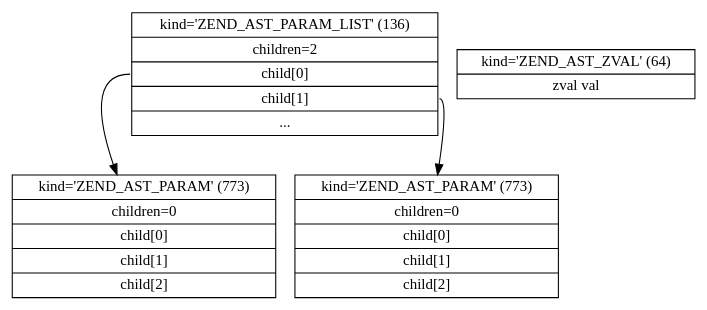
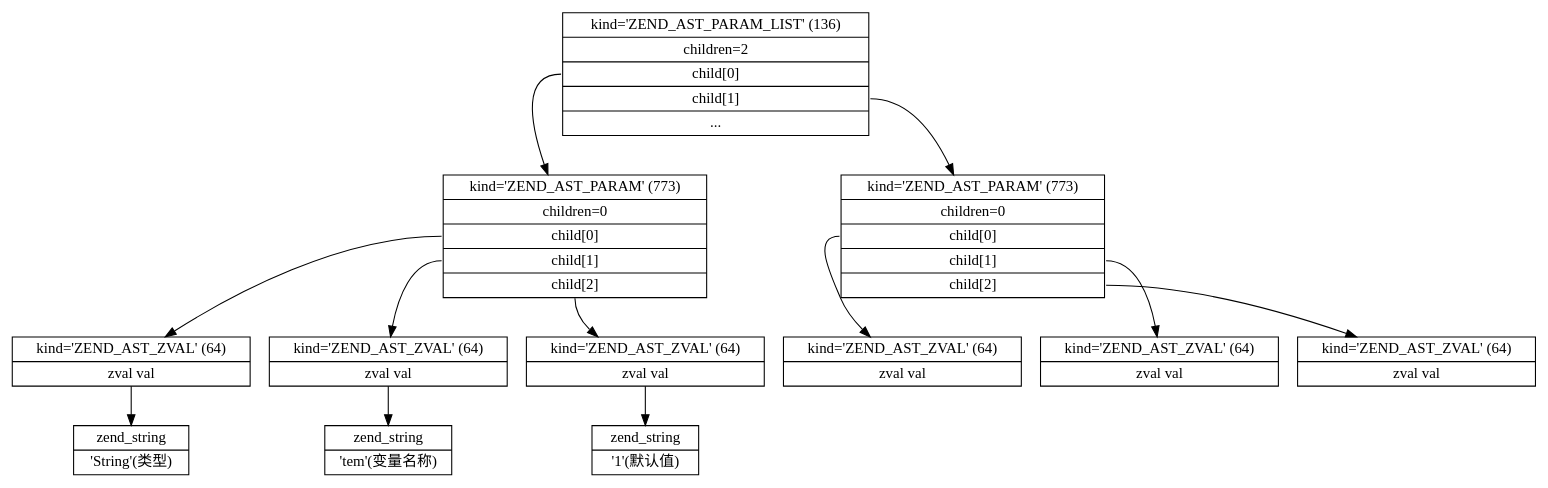
One commit to 769344359/reading-php7-code changed the diagram in function_compile.dot. Above: the diagram before and after it, drawn with Graphviz.

Commit message:
更新dot 文件,晚上编译参数列表的语法树

```diff
--- a/function_compile.dot
+++ b/function_compile.dot
@@ -1,8 +1,26 @@
 digraph create {
    node_param_list[shape=record,label="{<param_list>kind='ZEND_AST_PARAM_LIST' (136) |children=2|<child0>child[0]|<child1>child[1]|...}"];
-   node_param0[shape=record,label="{<kind>kind='ZEND_AST_PARAM' (773)|children=0|child[0]|child[1]|child[2]}"];
-   node_param1[shape=record,label="{<kind>kind='ZEND_AST_PARAM' (773)|children=0|child[0]|child[1]|child[2]}"];
-   node_zval[shape=record,label="{<kind>kind='ZEND_AST_ZVAL' (64)|zval val}"];
+   node_param0[shape=record,label="{<kind>kind='ZEND_AST_PARAM' (773)|children=0|<child0>child[0]|<child1>child[1]|<child2>child[2]}"];
+   node_param1[shape=record,label="{<kind>kind='ZEND_AST_PARAM' (773)|children=0|<child0>child[0]|<child1>child[1]|<child2>child[2]}"];
+   node_zval0[shape=record,label="{<kind>kind='ZEND_AST_ZVAL' (64)|zval val}"];
+   node_zval1[shape=record,label="{<kind>kind='ZEND_AST_ZVAL' (64)|zval val}"];
+   node_zval2[shape=record,label="{<kind>kind='ZEND_AST_ZVAL' (64)|zval val}"];
+   node_zval3[shape=record,label="{<kind>kind='ZEND_AST_ZVAL' (64)|zval val}"];
+   node_zval4[shape=record,label="{<kind>kind='ZEND_AST_ZVAL' (64)|zval val}"];
+   node_zval5[shape=record,label="{<kind>kind='ZEND_AST_ZVAL' (64)|zval val}"];
    node_param_list:child0->node_param0;
    node_param_list:child1->node_param1
+   node_param0:child0->node_zval0;
+   node_param0:child1->node_zval1;
+   node_param0:child2->node_zval2;
+   node_param1:child0->node_zval3;
+   node_param1:child1->node_zval4;
+   node_param1:child2->node_zval5;
+   zend_string0[shape=record,label="{zend_string|'String'(类型)}"];
+   zend_string1[shape=record,label="{zend_string|'tem'(变量名称)}"];
+   zend_string2[shape=record,label="{zend_string|'1'(默认值)}"];
+   node_zval0->zend_string0;
+   node_zval1->zend_string1;
+   node_zval2->zend_string2;
+   
 } 
```
